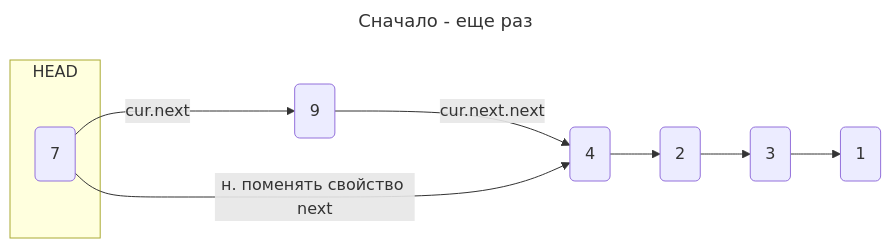
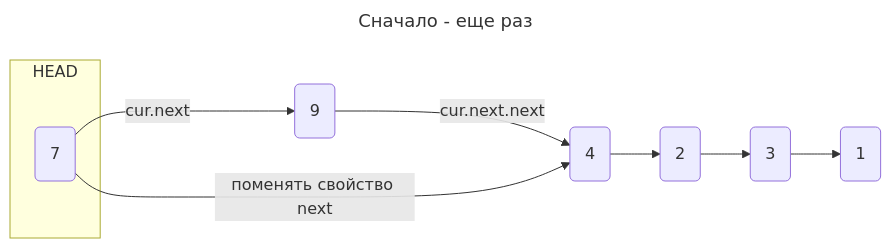
Diagram 11 of 16 in Sem/Sem3/LinkedList_LIFO.md (artem-uhnovets/gr4594-algo_data_structure), drawn with Mermaid before and after one commit. The commit also changed other lines of this file and 2 other files, not shown here.

````diff
--- a/Sem/Sem3/LinkedList_LIFO.md
+++ b/Sem/Sem3/LinkedList_LIFO.md
@@ -203,16 +203,16 @@
 ```mermaid
 ---
 title: "Сначало - еще раз"
 ---
 flowchart LR
 1("1")
 2("3")
 3("2")
 4("4")
 5("9")
 subgraph HEAD
 6("7")
 end
 6 -->|cur.next| 5 -->|cur.next.next| 4 --> 3 --> 2 --> 1
-6 -->|н. поменять свойство next| 4
+6 -->|поменять свойство next| 4
 ```
````
